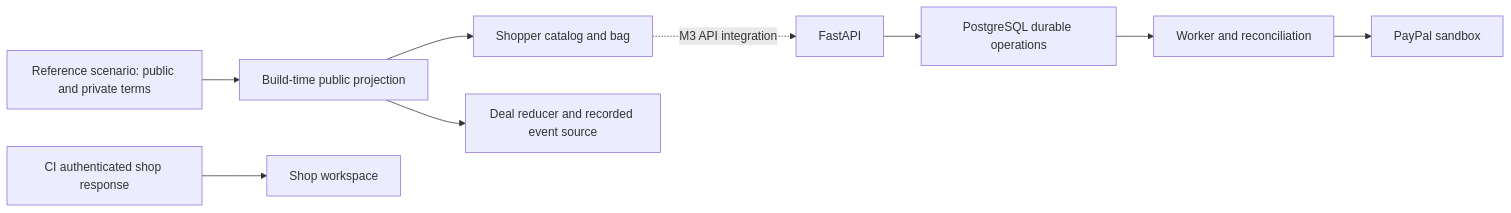
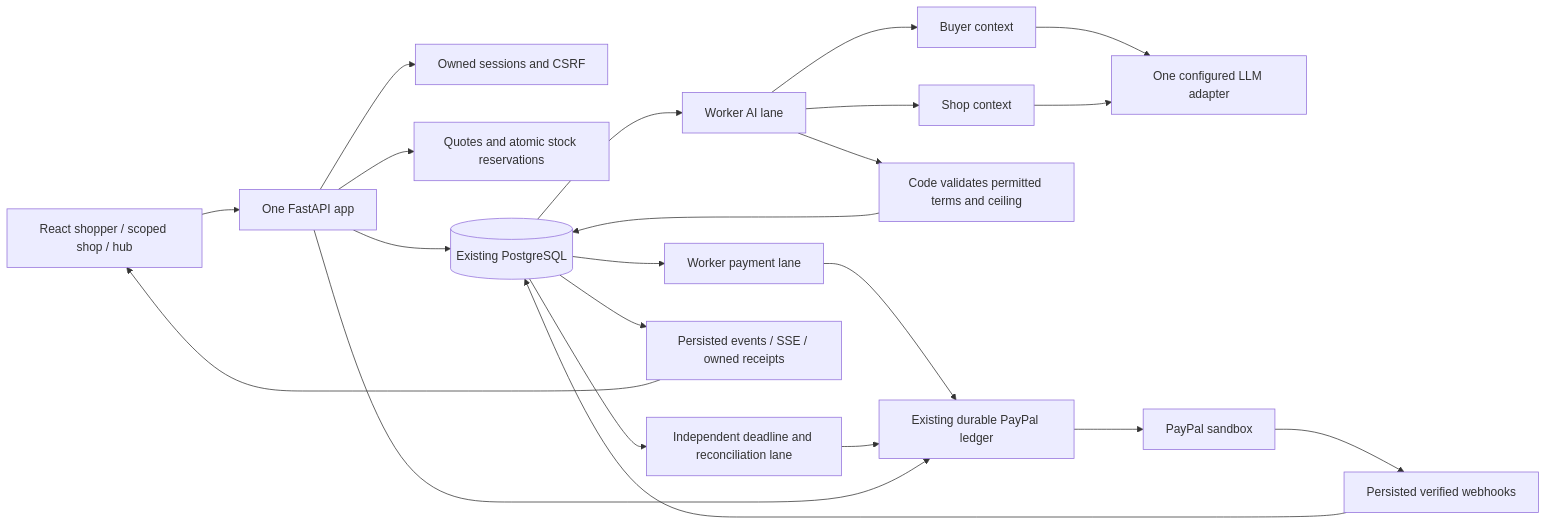
The diagram in docs/ARCHITECTURE.md (wongywrongy/paypalaihack26), drawn with Mermaid before and after one commit. The commit also changed other lines of this file and 17 other files, not shown here.

````diff
--- a/docs/ARCHITECTURE.md
+++ b/docs/ARCHITECTURE.md
@@ -5,11 +5,24 @@
 ```mermaid
 flowchart LR
-  S[Reference scenario: public and private terms] --> P[Build-time public projection]
-  P --> U[Shopper catalog and bag]
-  P --> D[Deal reducer and recorded event source]
-  T[CI authenticated shop response] --> W[Shop workspace]
-  U -. M3 API integration .-> A[FastAPI]
-  A --> Q[PostgreSQL durable operations]
-  Q --> K[Worker and reconciliation]
-  K --> PP[PayPal sandbox]
+  U[React shopper / scoped shop / hub] --> A[One FastAPI app]
+  A --> S[Owned sessions and CSRF]
+  A --> Q[Quotes and atomic stock reservations]
+  A --> DB[(Existing PostgreSQL)]
+  DB --> AI[Worker AI lane]
+  AI --> B[Buyer context]
+  AI --> M[Shop context]
+  B --> L[One configured LLM adapter]
+  M --> L
+  AI --> C[Code validates permitted terms and ceiling]
+  C --> DB
+  DB --> P[Worker payment lane]
+  DB --> R[Independent deadline and reconciliation lane]
+  P --> PL[Existing durable PayPal ledger]
+  R --> PL
+  A --> PL
+  PL --> PP[PayPal sandbox]
+  PP --> WH[Persisted verified webhooks]
+  WH --> DB
+  DB --> SSE[Persisted events / SSE / owned receipts]
+  SSE --> U
 ```
````
